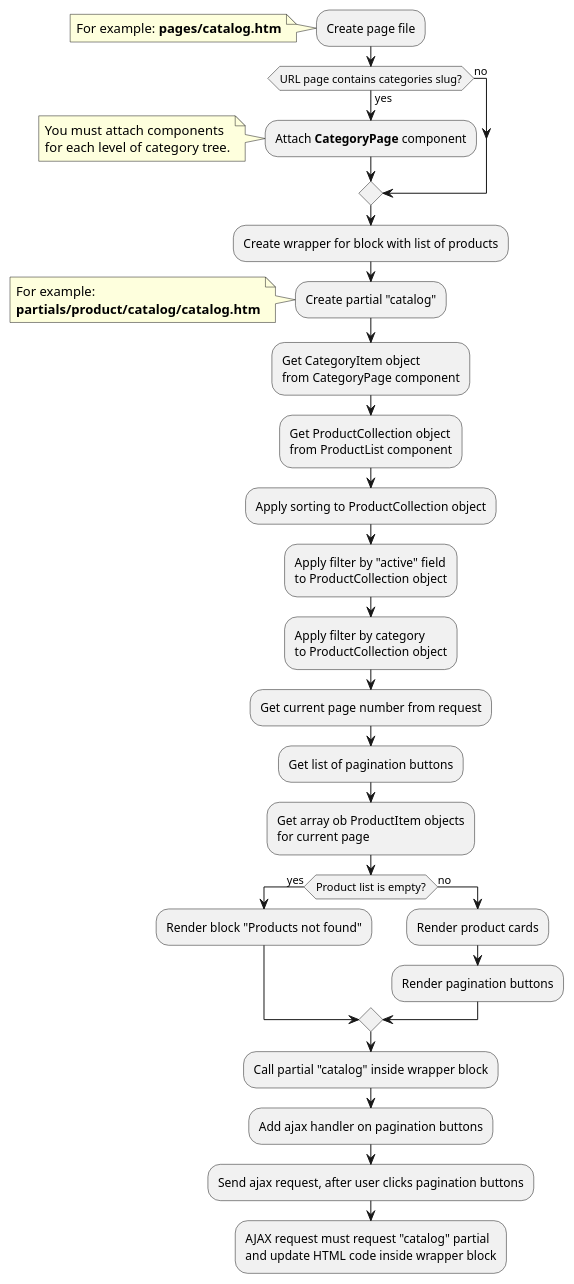
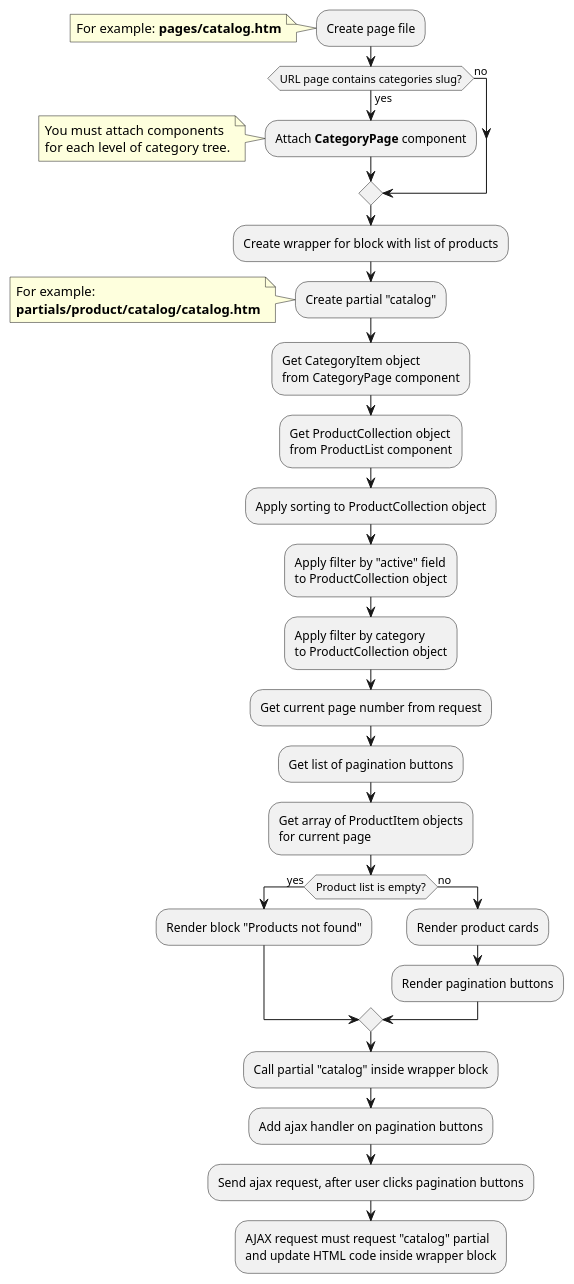
Before and after one commit to oc-shopaholic/oc-shopaholic-docs: the second of 3 diagrams in modules/product/examples/examples.md, drawn with PlantUML. The commit also changed other lines of this file and 19 other files, not shown here.

````diff
--- a/modules/product/examples/examples.md
+++ b/modules/product/examples/examples.md
@@ -174,46 +174,46 @@
 ```plantuml
 @startuml
 :Create page file;
 note left
     For example: **pages/catalog.htm**
 end note
 if (URL page contains categories slug?) then (yes)
     :Attach **CategoryPage** component;
     note left
         You must attach components
         for each level of category tree.
     end note
 else (no)
 endif
 :Create wrapper for block with list of products;
 :Create partial "catalog";
 note left
     For example:
     **partials/product/catalog/catalog.htm**
 end note
 :Get CategoryItem object
 from CategoryPage component;
 :Get ProductCollection object
 from ProductList component;
 :Apply sorting to ProductCollection object;
 :Apply filter by "active" field
 to ProductCollection object;
 :Apply filter by category
 to ProductCollection object;
 :Get current page number from request;
 :Get list of pagination buttons;
-:Get array ob ProductItem objects
+:Get array of ProductItem objects
 for current page;
 if (Product list is empty?) then (yes)
     :Render block "Products not found";
 else (no)
     :Render product cards;
     :Render pagination buttons;
 endif
 :Call partial "catalog" inside wrapper block;
 :Add ajax handler on pagination buttons;
 :Send ajax request, after user clicks pagination buttons;
 :AJAX request must request "catalog" partial
 and update HTML code inside wrapper block;
 @enduml
 ```
````
